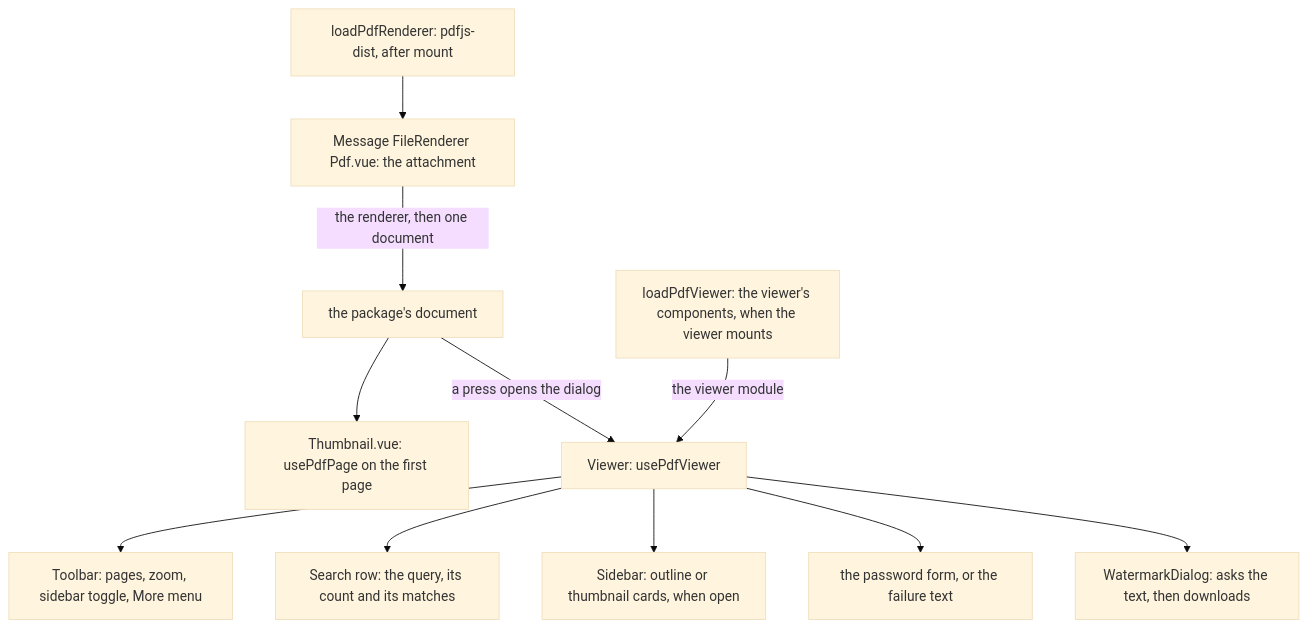
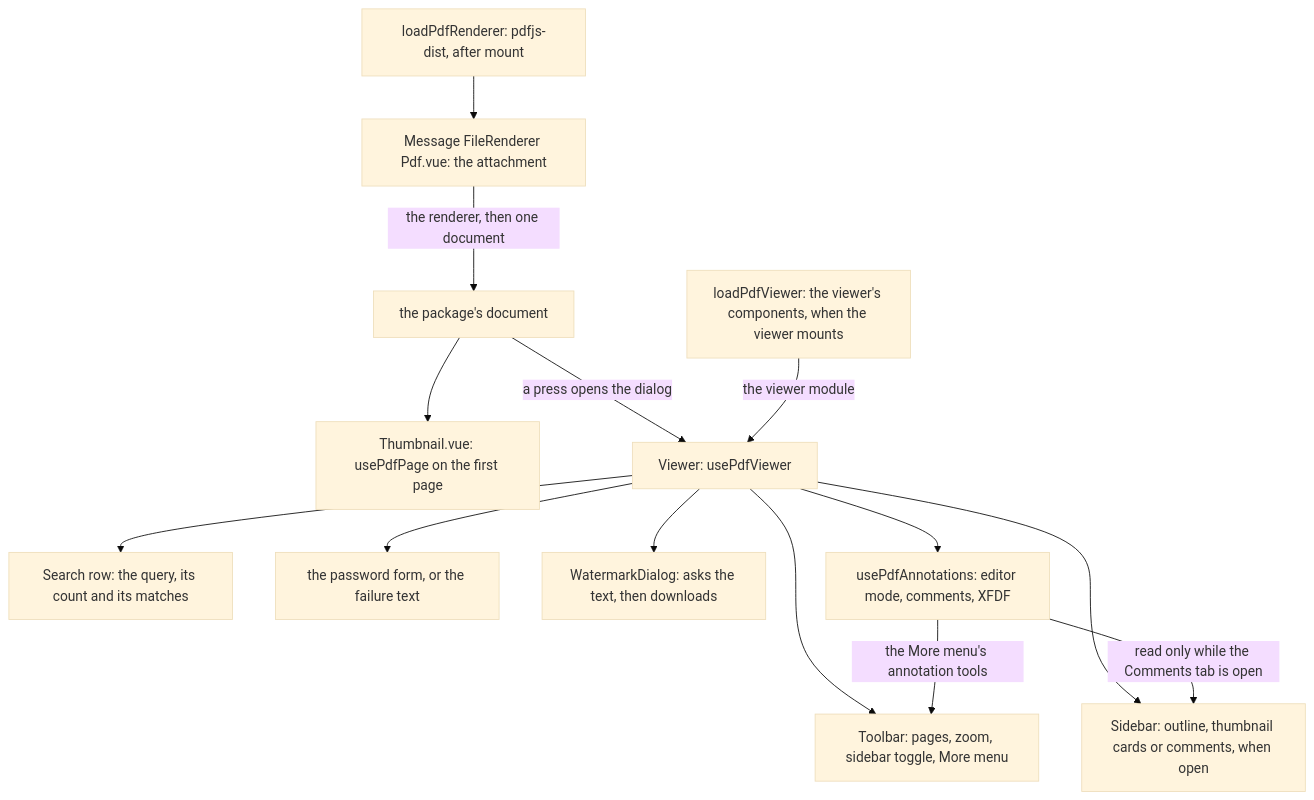
The diagram in openspec/specs/architecture/pdf-viewer/design.md (Esposter/Esposter), drawn with Mermaid (base theme) before and after one commit. The commit also changed other lines of this file and 4 other files, not shown here.

First line of the commit message:
docs(pdf-viewer): the viewer mounts the annotation tools, the Comments tab and the comments' unread state

````diff
--- a/openspec/specs/architecture/pdf-viewer/design.md
+++ b/openspec/specs/architecture/pdf-viewer/design.md
@@ -15,13 +15,16 @@
 ```mermaid
 flowchart TD
   loader["loadPdfRenderer: pdfjs-dist, after mount"] --> attachment["Message FileRenderer Pdf.vue: the attachment"]
   attachment -->|"the renderer, then one document"| document["the package's document"]
   document --> thumbnail["Thumbnail.vue: usePdfPage on the first page"]
   document -->|"a press opens the dialog"| viewer["Viewer: usePdfViewer"]
   viewerLoader["loadPdfViewer: the viewer's components, when the viewer mounts"] -->|"the viewer module"| viewer
   viewer --> toolbar["Toolbar: pages, zoom, sidebar toggle, More menu"]
   viewer --> search["Search row: the query, its count and its matches"]
-  viewer --> sidebar["Sidebar: outline or thumbnail cards, when open"]
+  viewer --> sidebar["Sidebar: outline, thumbnail cards or comments, when open"]
   viewer --> prompt["the password form, or the failure text"]
   viewer --> watermark["WatermarkDialog: asks the text, then downloads"]
+  viewer --> annotations["usePdfAnnotations: editor mode, comments, XFDF"]
+  annotations -->|"the More menu's annotation tools"| toolbar
+  annotations -->|"read only while the Comments tab is open"| sidebar
 ```
````
